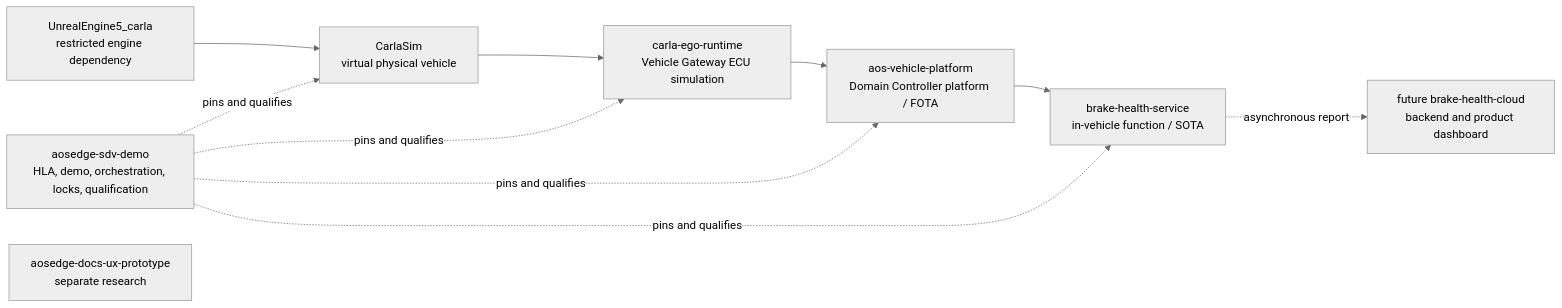
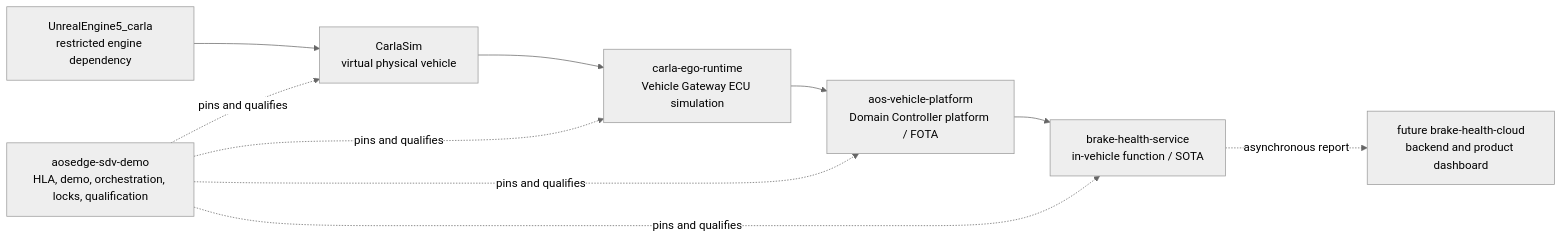
Before and after one commit to alexmaninblack/aosedge-sdv-demo: the diagram in docs/planning/repository-inventory-and-migration-plan.md, drawn with Mermaid (neutral theme). The commit also changed other lines of this file and 15 other files, not shown here.

````diff
--- a/docs/planning/repository-inventory-and-migration-plan.md
+++ b/docs/planning/repository-inventory-and-migration-plan.md
@@ -304,13 +308,12 @@
 ```mermaid
 flowchart LR
     UE["UnrealEngine5_carla<br/>restricted engine dependency"] --> CARLA["CarlaSim<br/>virtual physical vehicle"]
     CARLA --> GW["carla-ego-runtime<br/>Vehicle Gateway ECU simulation"]
     GW --> PLATFORM["aos-vehicle-platform<br/>Domain Controller platform / FOTA"]
     PLATFORM --> SERVICE["brake-health-service<br/>in-vehicle function / SOTA"]
     SERVICE -. "asynchronous report" .-> CLOUD["future brake-health-cloud<br/>backend and product dashboard"]
     DEMO["aosedge-sdv-demo<br/>HLA, demo, orchestration, locks, qualification"] -. "pins and qualifies" .-> CARLA
     DEMO -. "pins and qualifies" .-> GW
     DEMO -. "pins and qualifies" .-> PLATFORM
     DEMO -. "pins and qualifies" .-> SERVICE
-    DOCS["aosedge-docs-ux-prototype<br/>separate research"]
 ```
````
